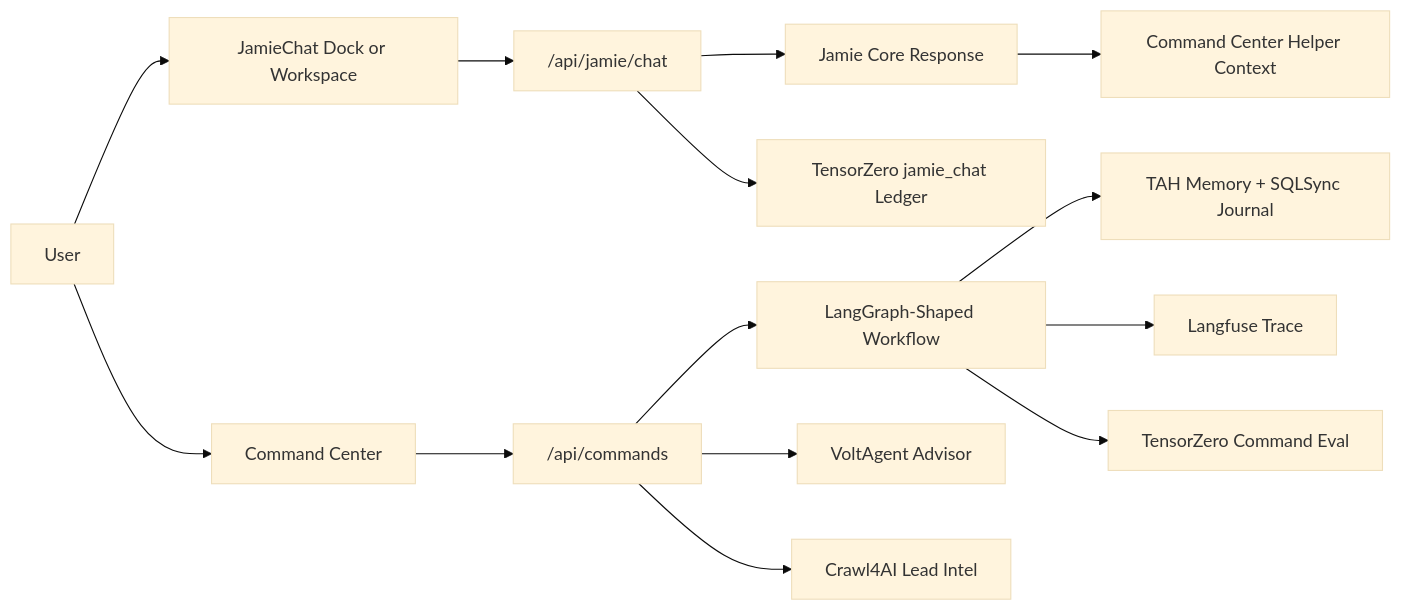
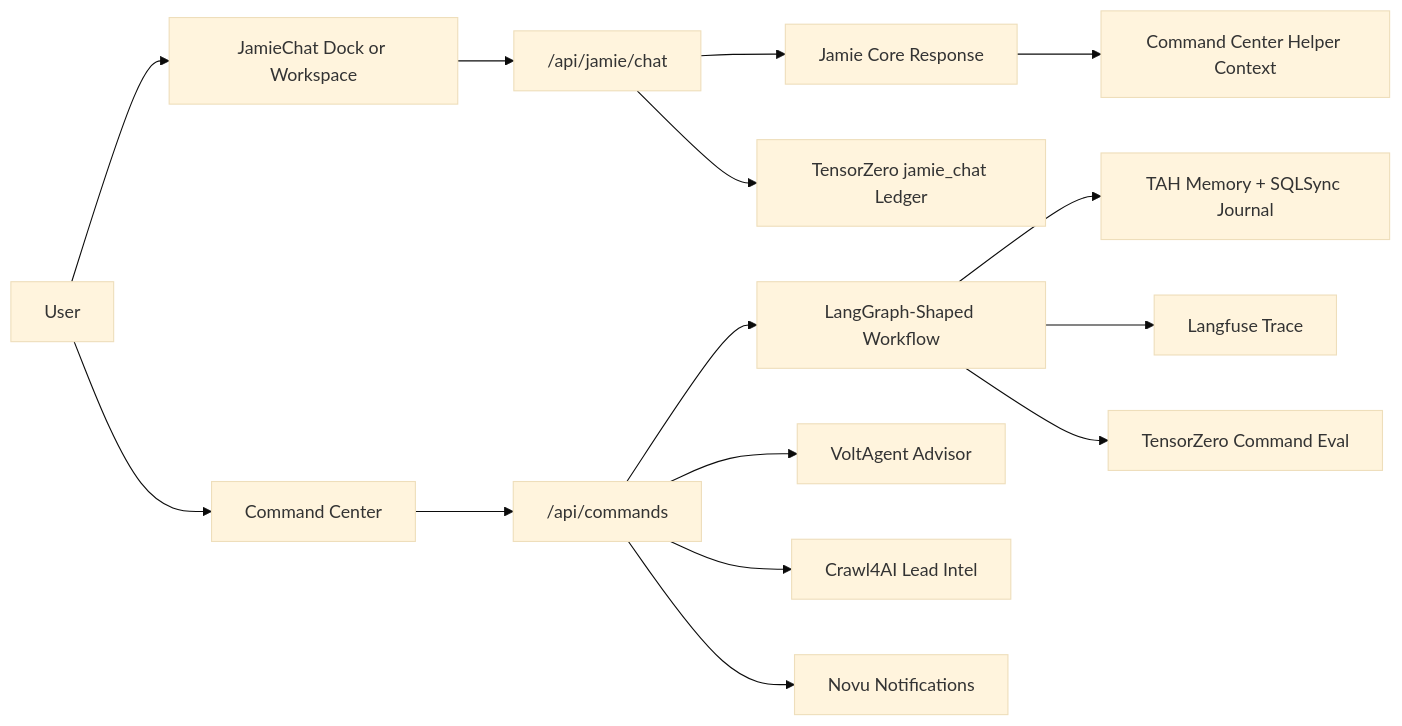
The diagram in apps/pulse/docs/AI_INTEGRATION_STACK.md (tahsrz/sunset-pulse), drawn with Mermaid (base theme) before and after one commit. The commit also changed other lines of this file and 9 other files, not shown here.

````diff
--- a/apps/pulse/docs/AI_INTEGRATION_STACK.md
+++ b/apps/pulse/docs/AI_INTEGRATION_STACK.md
@@ -32,17 +34,18 @@
 ```mermaid
 flowchart LR
   User["User"] --> Jamie["JamieChat Dock or Workspace"]
   Jamie --> ChatAPI["/api/jamie/chat"]
   ChatAPI --> JamieCore["Jamie Core Response"]
   JamieCore --> Bridge["Command Center Helper Context"]
   ChatAPI --> TZeroJamie["TensorZero jamie_chat Ledger"]
 
   User --> CommandUI["Command Center"]
   CommandUI --> CommandAPI["/api/commands"]
   CommandAPI --> Graph["LangGraph-Shaped Workflow"]
   Graph --> Memory["TAH Memory + SQLSync Journal"]
   Graph --> Langfuse["Langfuse Trace"]
   Graph --> TZeroCommand["TensorZero Command Eval"]
   CommandAPI --> Volt["VoltAgent Advisor"]
   CommandAPI --> Crawl4AI["Crawl4AI Lead Intel"]
+  CommandAPI --> Novu["Novu Notifications"]
 ```
````
